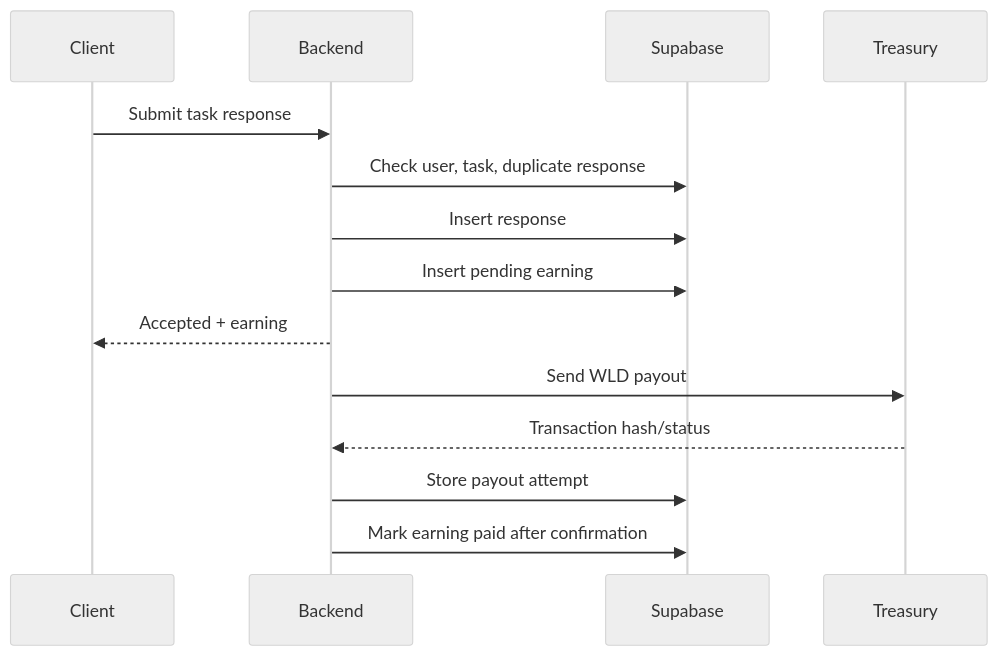
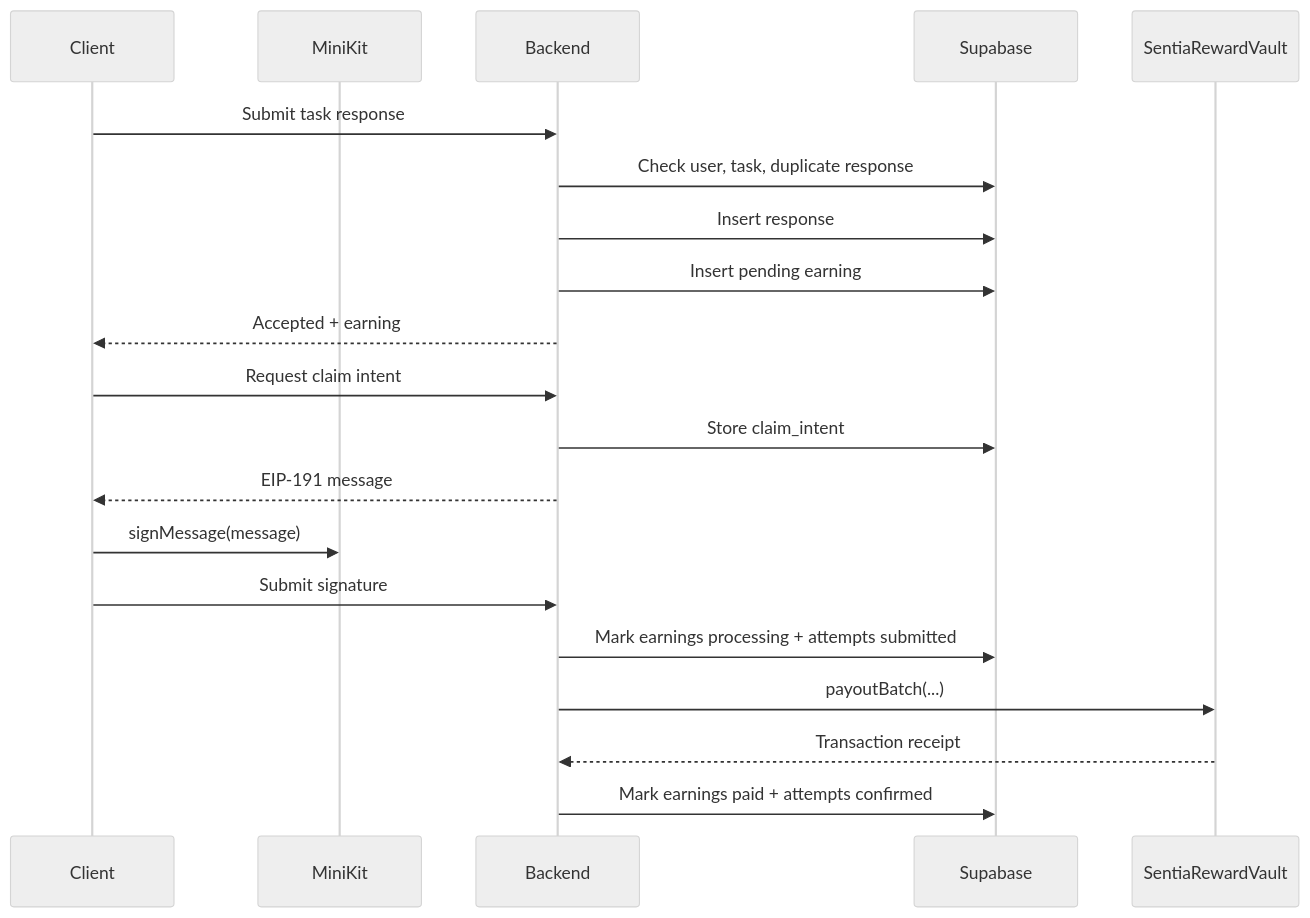
The third of 3 diagrams in wiki/architecture/technical-architecture.md (0xredg/sentia), drawn with Mermaid (neutral theme) before and after one commit. The commit also changed other lines of this file and 6 other files, not shown here.

First line of the commit message:
Document real World Chain reward vault architecture

````diff
--- a/wiki/architecture/technical-architecture.md
+++ b/wiki/architecture/technical-architecture.md
@@ -95,17 +104,23 @@
 ```mermaid
 sequenceDiagram
   participant Client
+  participant MiniKit
   participant Backend
   participant DB as Supabase
-  participant Treasury
+  participant Vault as SentiaRewardVault
 
   Client->>Backend: Submit task response
   Backend->>DB: Check user, task, duplicate response
   Backend->>DB: Insert response
   Backend->>DB: Insert pending earning
   Backend-->>Client: Accepted + earning
-  Backend->>Treasury: Send WLD payout
-  Treasury-->>Backend: Transaction hash/status
-  Backend->>DB: Store payout attempt
-  Backend->>DB: Mark earning paid after confirmation
+  Client->>Backend: Request claim intent
+  Backend->>DB: Store claim_intent
+  Backend-->>Client: EIP-191 message
+  Client->>MiniKit: signMessage(message)
+  Client->>Backend: Submit signature
+  Backend->>DB: Mark earnings processing + attempts submitted
+  Backend->>Vault: payoutBatch(...)
+  Vault-->>Backend: Transaction receipt
+  Backend->>DB: Mark earnings paid + attempts confirmed
 ```
````
